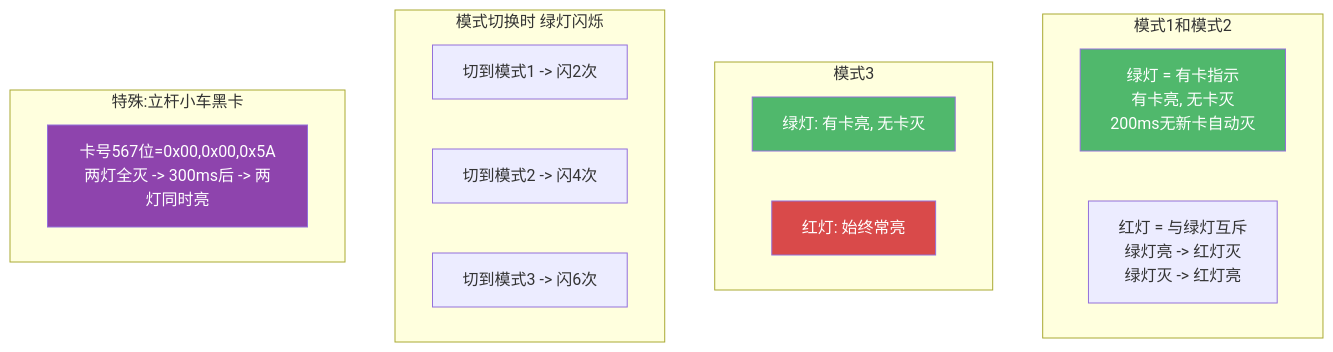
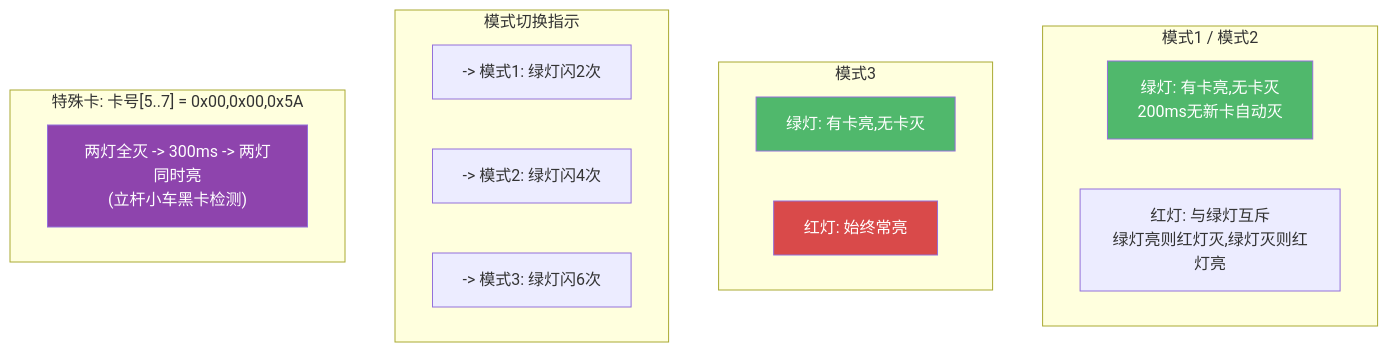
The eighth of 17 diagrams in 工作/SR3读卡器/260802SR3读卡器需求.md (Siaiai/ObsidianNote), drawn with Mermaid before and after one commit. The commit also changed other lines of this file, not shown here.

````diff
--- a/工作/SR3读卡器/260802SR3读卡器需求.md
+++ b/工作/SR3读卡器/260802SR3读卡器需求.md
@@ -218,27 +428,30 @@
 ```mermaid
 flowchart TD
-    subgraph M12[模式1和模式2]
-        G12[绿灯 = 有卡指示<br/>有卡亮, 无卡灭<br/>200ms无新卡自动灭]
-        R12[红灯 = 与绿灯互斥<br/>绿灯亮 -> 红灯灭<br/>绿灯灭 -> 红灯亮]
+    subgraph M12["模式1 / 模式2"]
+        direction LR
+        G12["绿灯: 有卡亮,无卡灭<br/>200ms无新卡自动灭"]
+        R12["红灯: 与绿灯互斥<br/>绿灯亮则红灯灭,绿灯灭则红灯亮"]
     end
 
-    subgraph M3[模式3]
-        G3[绿灯: 有卡亮, 无卡灭]
-        R3[红灯: 始终常亮]
+    subgraph M3_LED["模式3"]
+        direction LR
+        G3["绿灯: 有卡亮,无卡灭"]
+        R3["红灯: 始终常亮"]
     end
 
-    subgraph Switch[模式切换时 绿灯闪烁]
-        S1[切到模式1 -> 闪2次]
-        S2[切到模式2 -> 闪4次]
-        S3[切到模式3 -> 闪6次]
+    subgraph Switch["模式切换指示"]
+        direction LR
+        S1["-> 模式1: 绿灯闪2次"]
+        S2["-> 模式2: 绿灯闪4次"]
+        S3["-> 模式3: 绿灯闪6次"]
     end
 
-    subgraph Special[特殊:立杆小车黑卡]
-        Sp[卡号567位=0x00,0x00,0x5A<br/>两灯全灭 -> 300ms后 -> 两灯同时亮]
+    subgraph Special["特殊卡: 卡号[5..7] = 0x00,0x00,0x5A"]
+        Sp["两灯全灭 -> 300ms -> 两灯同时亮<br/>(立杆小车黑卡检测)"]
     end
 
     style G12 fill:#50B86C,color:#fff
     style G3 fill:#50B86C,color:#fff
     style R3 fill:#D94A4A,color:#fff
     style Sp fill:#8E44AD,color:#fff
 ```
````
